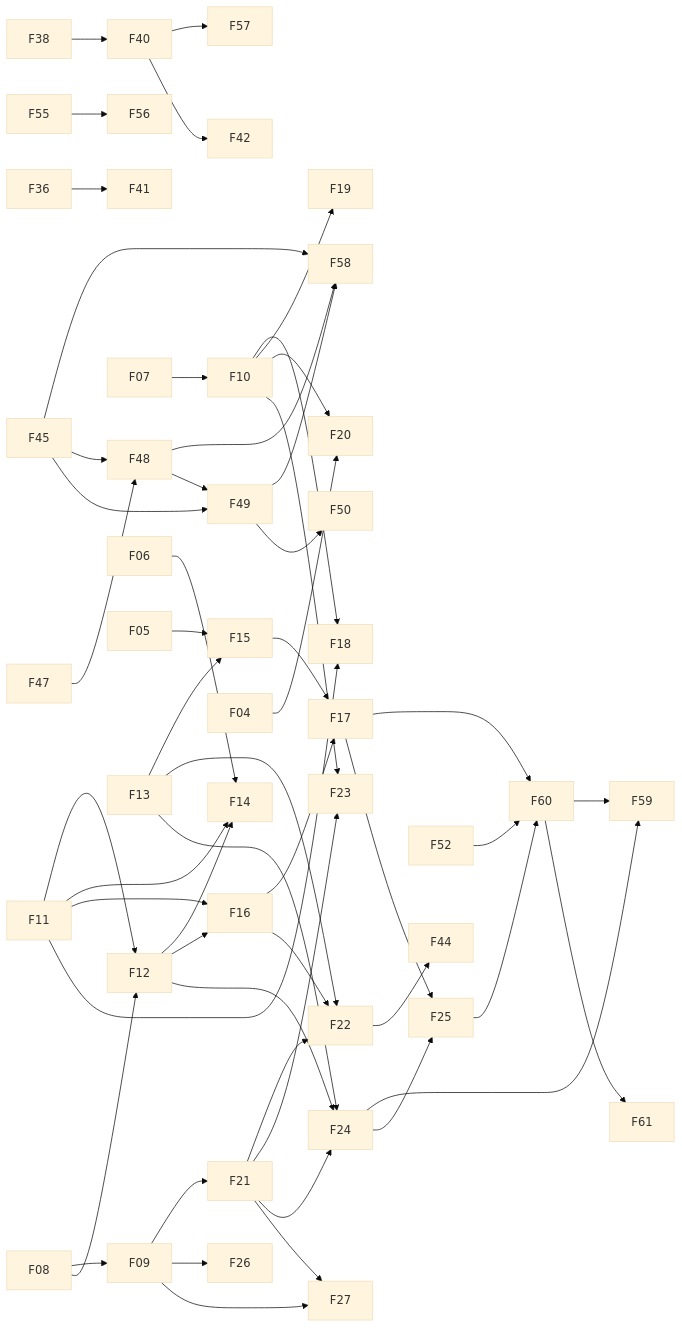
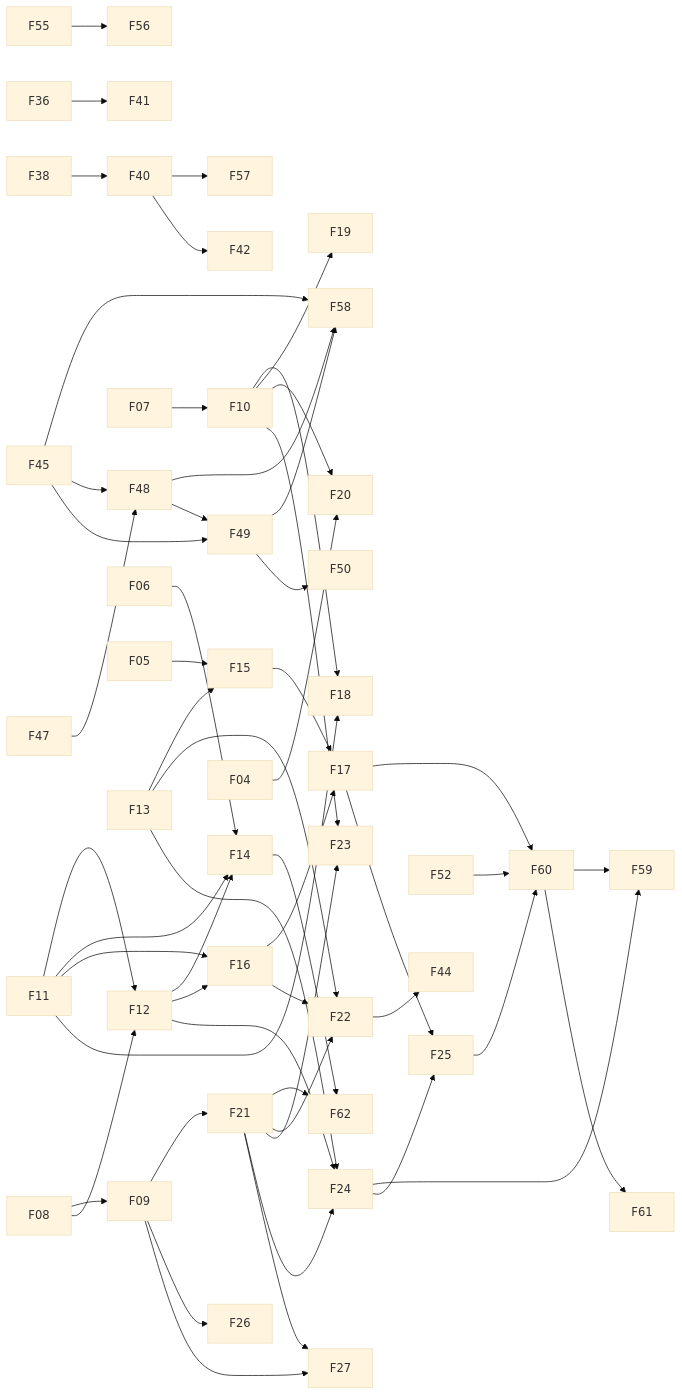
The diagram in Lanyard-Vault/07 Roadmap/00 Master To-Do.md (yinjunshao/lanyard), drawn with Mermaid (base theme) before and after one commit. The commit also changed other lines of this file and 1 other file, not shown here.

````diff
--- a/Lanyard-Vault/07 Roadmap/00 Master To-Do.md
+++ b/Lanyard-Vault/07 Roadmap/00 Master To-Do.md
@@ -148,55 +150,57 @@
 ```mermaid
 graph LR
+  F21 --> F62
+  F14 --> F62
   F40 --> F57
   F45 --> F58
   F48 --> F58
   F49 --> F58
   F17 --> F60
   F25 --> F60
   F52 --> F60
   F24 --> F59
   F60 --> F59
   F55 --> F56
   F60 --> F61
   F45 --> F48
   F47 --> F48
   F45 --> F49
   F48 --> F49
   F49 --> F50
   F40 --> F42
   F22 --> F44
   F38 --> F40
   F36 --> F41
   F07 --> F10
   F08 --> F09
   F08 --> F12
   F11 --> F12
   F06 --> F14
   F11 --> F14
   F12 --> F14
   F05 --> F15
   F13 --> F15
   F11 --> F16
   F12 --> F16
   F15 --> F17
   F16 --> F17
   F10 --> F18
   F11 --> F18
   F10 --> F19
   F10 --> F20
   F04 --> F20
   F09 --> F21
   F21 --> F22
   F13 --> F22
   F16 --> F22
   F21 --> F23
   F10 --> F23
   F21 --> F24
   F12 --> F24
   F13 --> F24
   F17 --> F25
   F24 --> F25
   F09 --> F26
   F09 --> F27
   F21 --> F27
 ```
````
